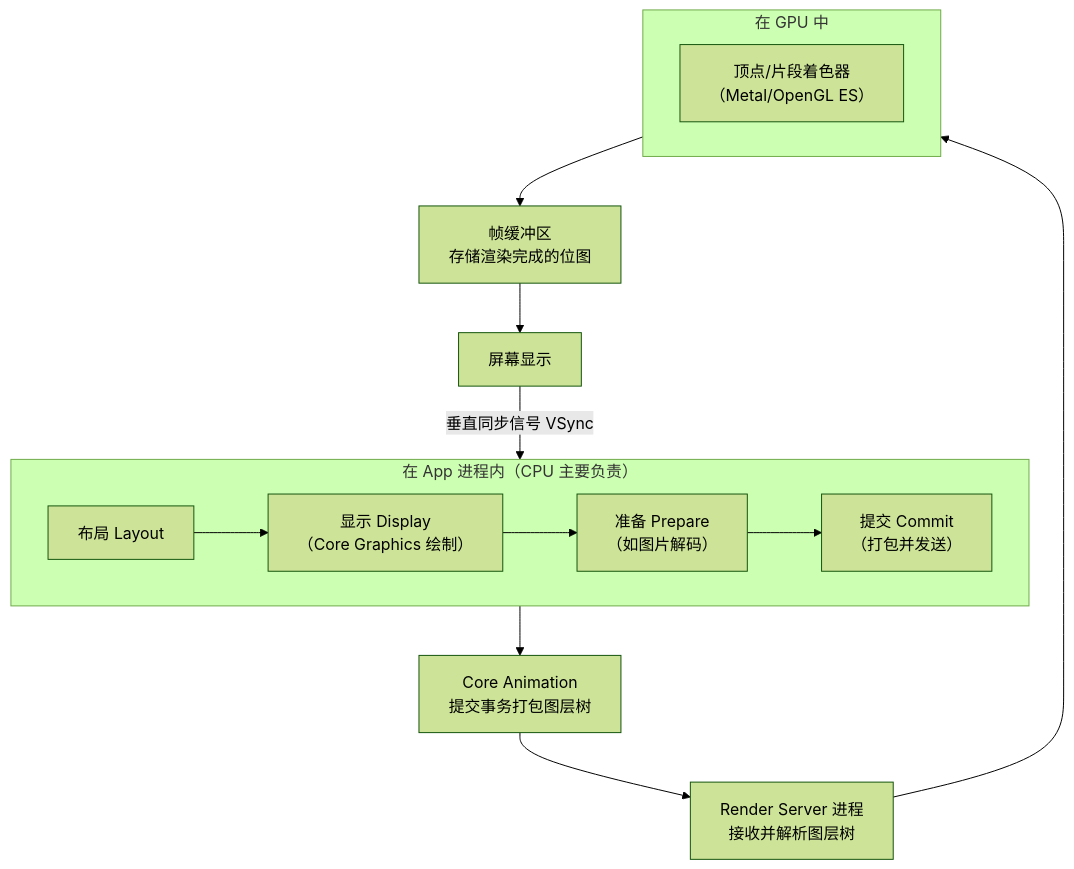
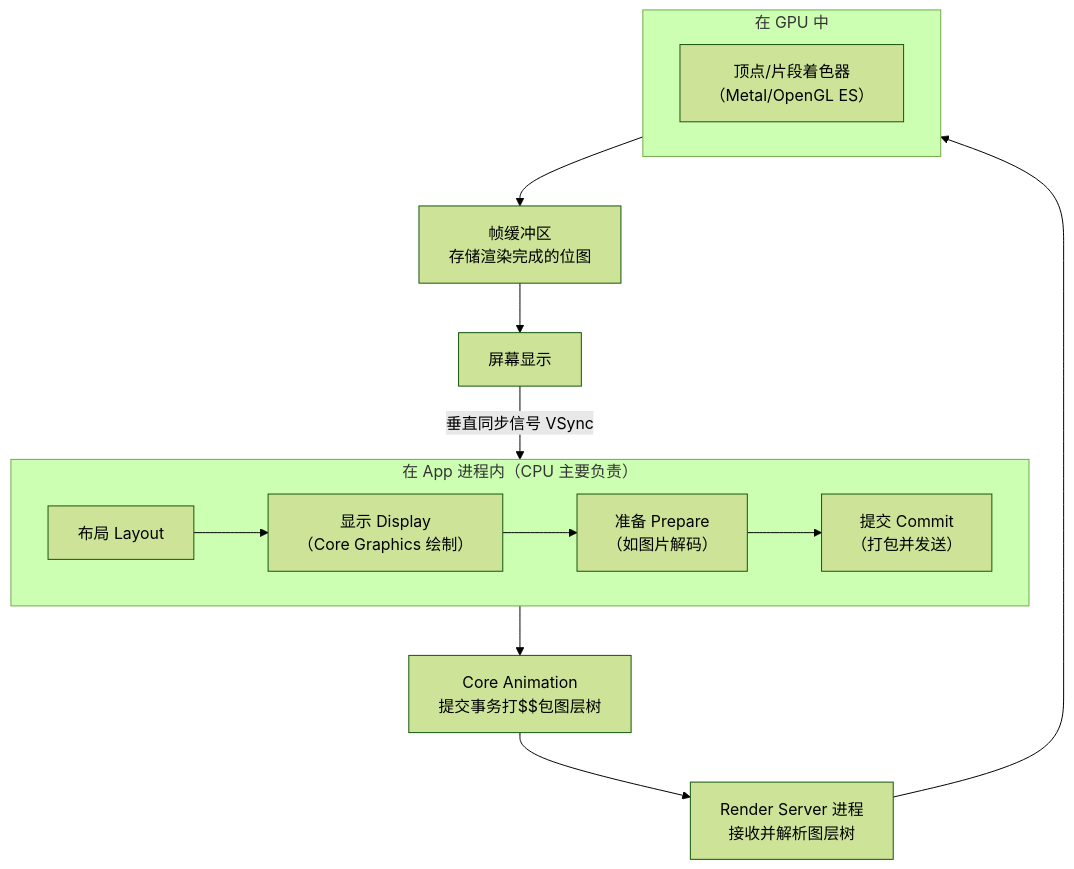
One commit to LongXiangGuo/my_blog changed the first of 4 diagrams in ios/basic/17.render_pipeline.md. Above: the diagram before and after it, drawn with Mermaid (forest theme). The commit also changed 29 other files, not shown here.

````diff
--- a/ios/basic/17.render_pipeline.md
+++ b/ios/basic/17.render_pipeline.md
@@ -9,19 +9,19 @@
 ```mermaid
 flowchart TD
-    A[App 层<br>UIKit 与 Core Animation 事务管理] --> B[Core Animation<br>提交事务打包图层树]
+    A[App 层<br>UIKit 与 Core Animation 事务管理] --> B[Core Animation<br>提交事务打$$包图层树]
     
     B --> C[Render Server 进程<br>接收并解析图层树]
     C --> D[GPU<br>接收指令并执行渲染]
     D --> E[帧缓冲区<br>存储渲染完成的位图]
     E --> F[屏幕显示]
     
     subgraph A [在 App 进程内（CPU 主要负责）]
         A1[布局 Layout] --> A2[显示 Display<br>（Core Graphics 绘制）] --> A3[准备 Prepare<br>（如图片解码）] --> A4[提交 Commit<br>（打包并发送）]
     end
     
     subgraph D [在 GPU 中]
         D1[顶点/片段着色器<br>（Metal/OpenGL ES）]
     end
 
     F --> |垂直同步信号 VSync| A
 ```
````
